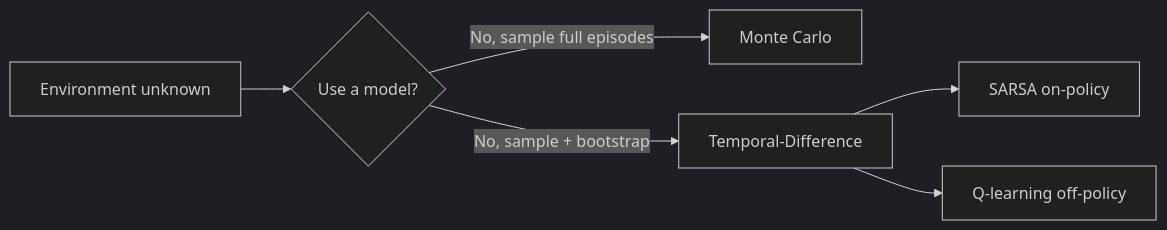
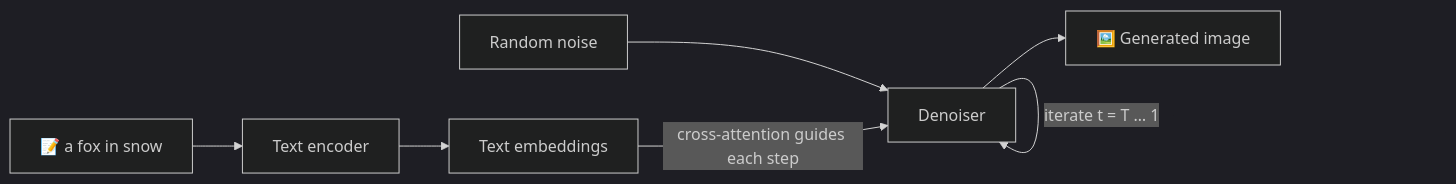
The fourth of 7 diagrams in ai-ml-encyclopedia/ch24.qmd (kader-xai/kader-xai.github.io), drawn with Mermaid (dark theme) before and after one commit. The commit also changed other lines of this file and 47 other files, not shown here.

````diff
--- a/ai-ml-encyclopedia/ch24.qmd
+++ b/ai-ml-encyclopedia/ch24.qmd
@@ -111,8 +258,9 @@
 ```{mermaid}
 flowchart LR
-  A[Environment unknown] --> B{Use a model?}
-  B -- No, sample full episodes --> C[Monte Carlo]
-  B -- No, sample + bootstrap --> D[Temporal-Difference]
-  D --> E[SARSA on-policy]
-  D --> F[Q-learning off-policy]
+  P[📝 a fox in snow] --> TE[Text encoder]
+  TE --> C[Text embeddings]
+  N[Random noise] --> D[Denoiser]
+  C -->|cross-attention guides each step| D
+  D -->|iterate t = T … 1| D
+  D --> IMG[🖼️ Generated image]
 ```
````
